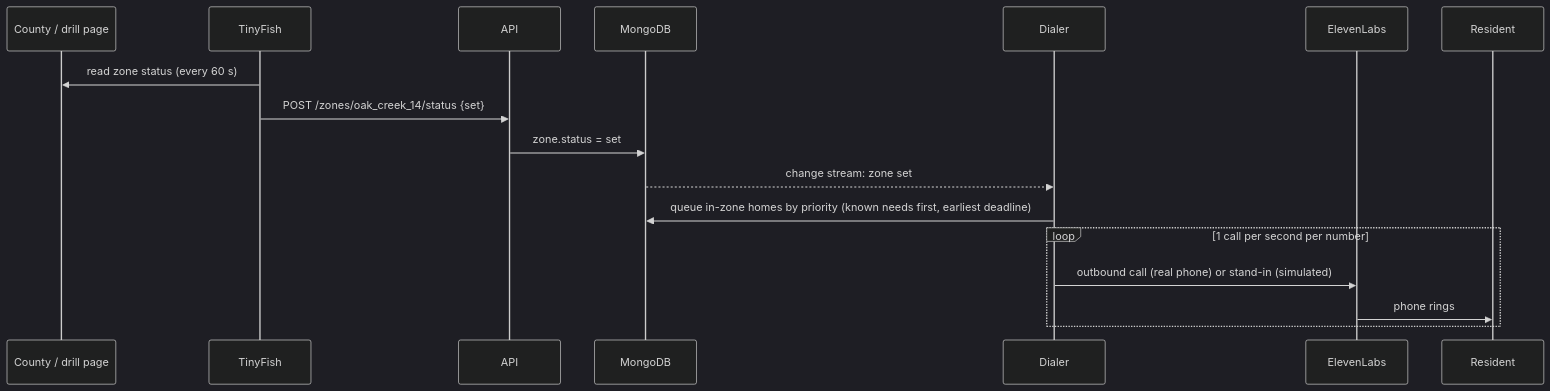
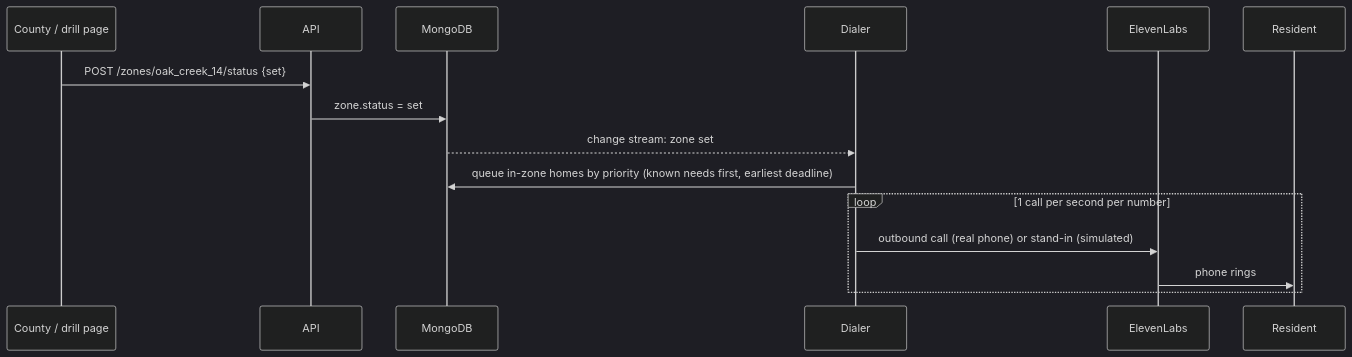
Before and after one commit to yashpy/Rideout: the third of 11 diagrams in docs/ARCHITECTURE.md, drawn with Mermaid (dark theme). The commit also changed other lines of this file and 41 other files, not shown here.

First line of the commit message:
fix: remove TinyFish, Tiger Data and Vultr

````diff
--- a/docs/ARCHITECTURE.md
+++ b/docs/ARCHITECTURE.md
@@ -145,20 +140,18 @@
 ```mermaid
 sequenceDiagram
   participant CP as County / drill page
-  participant TF as TinyFish
   participant API as API
   participant DB as MongoDB
   participant DL as Dialer
   participant CL as ElevenLabs
   participant R as Resident
 
-  TF->>CP: read zone status (every 60 s)
-  TF->>API: POST /zones/oak_creek_14/status {set}
+  CP->>API: POST /zones/oak_creek_14/status {set}
   API->>DB: zone.status = set
   DB-->>DL: change stream: zone set
   DL->>DB: queue in-zone homes by priority (known needs first, earliest deadline)
   loop 1 call per second per number
     DL->>CL: outbound call (real phone) or stand-in (simulated)
     CL->>R: phone rings
   end
 ```
````
